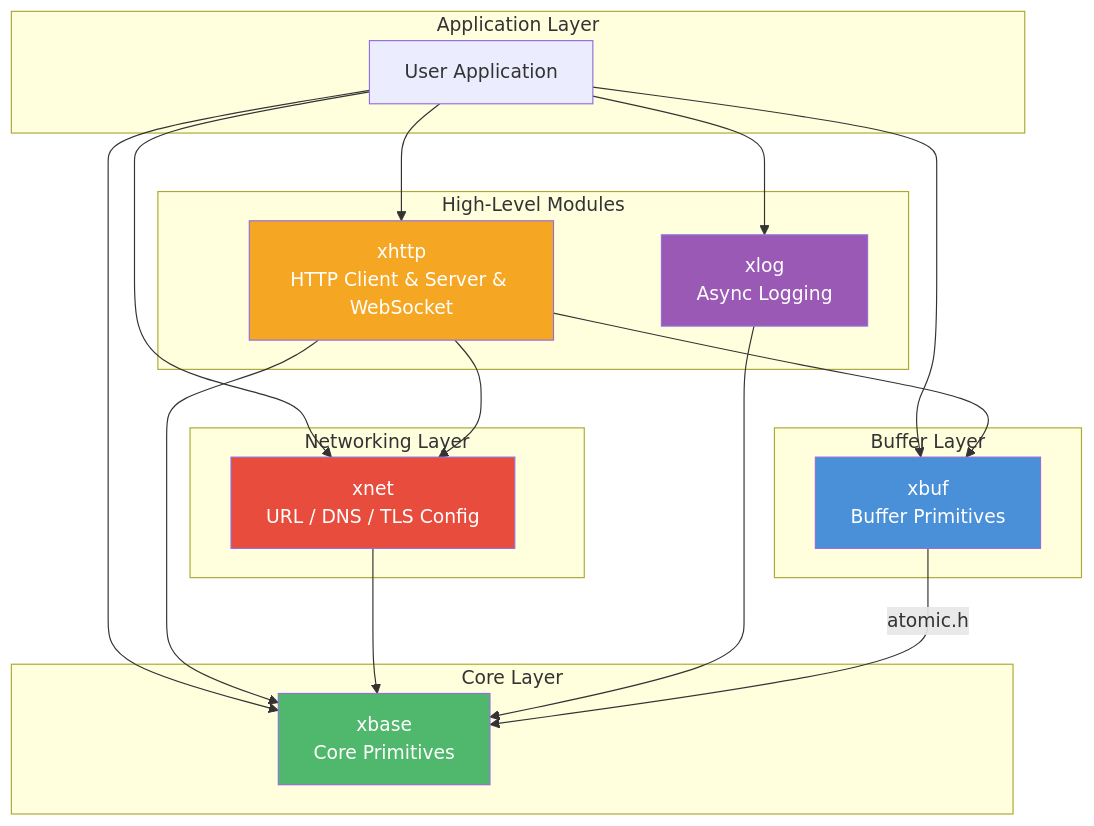
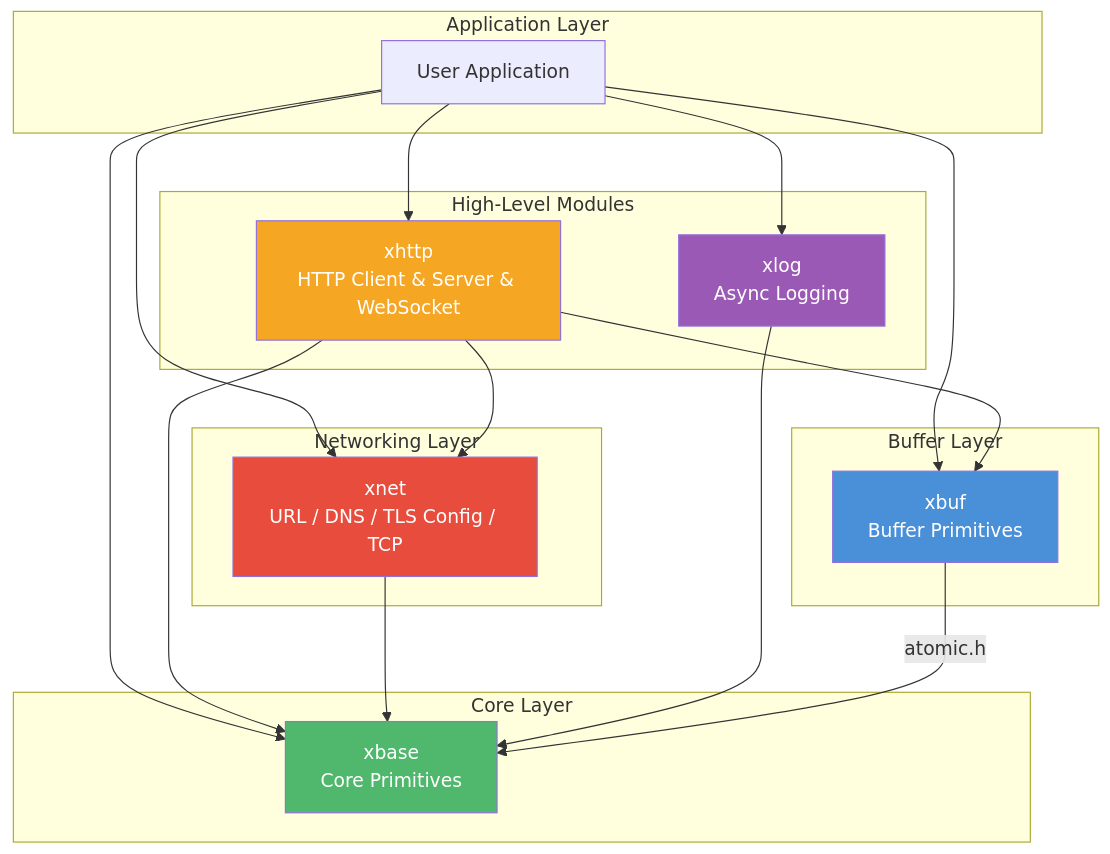
One commit to mivinci/DownloadKit changed the first of 2 diagrams in docs/README.md. Above: the diagram before and after it, drawn with Mermaid. The commit also changed other lines of this file and 3 other files, not shown here.

````diff
--- a/docs/README.md
+++ b/docs/README.md
@@ -10,41 +10,41 @@
 ```mermaid
 graph TD
     subgraph "Application Layer"
         APP["User Application"]
     end
 
     subgraph "High-Level Modules"
         XHTTP["xhttp<br/>HTTP Client &amp; Server &amp; WebSocket"]
         XLOG["xlog<br/>Async Logging"]
     end
 
     subgraph "Networking Layer"
-        XNET["xnet<br/>URL / DNS / TLS Config"]
+        XNET["xnet<br/>URL / DNS / TLS Config / TCP"]
     end
 
     subgraph "Buffer Layer"
         XBUF["xbuf<br/>Buffer Primitives"]
     end
 
     subgraph "Core Layer"
         XBASE["xbase<br/>Core Primitives"]
     end
 
     APP --> XHTTP
     APP --> XLOG
     APP --> XNET
     APP --> XBUF
     APP --> XBASE
     XHTTP --> XNET
     XHTTP --> XBASE
     XHTTP --> XBUF
     XNET --> XBASE
     XLOG --> XBASE
     XBUF -->|"atomic.h"| XBASE
 
     style XBASE fill:#50b86c,color:#fff
     style XBUF fill:#4a90d9,color:#fff
     style XNET fill:#e74c3c,color:#fff
     style XHTTP fill:#f5a623,color:#fff
     style XLOG fill:#9b59b6,color:#fff
 ```
````
